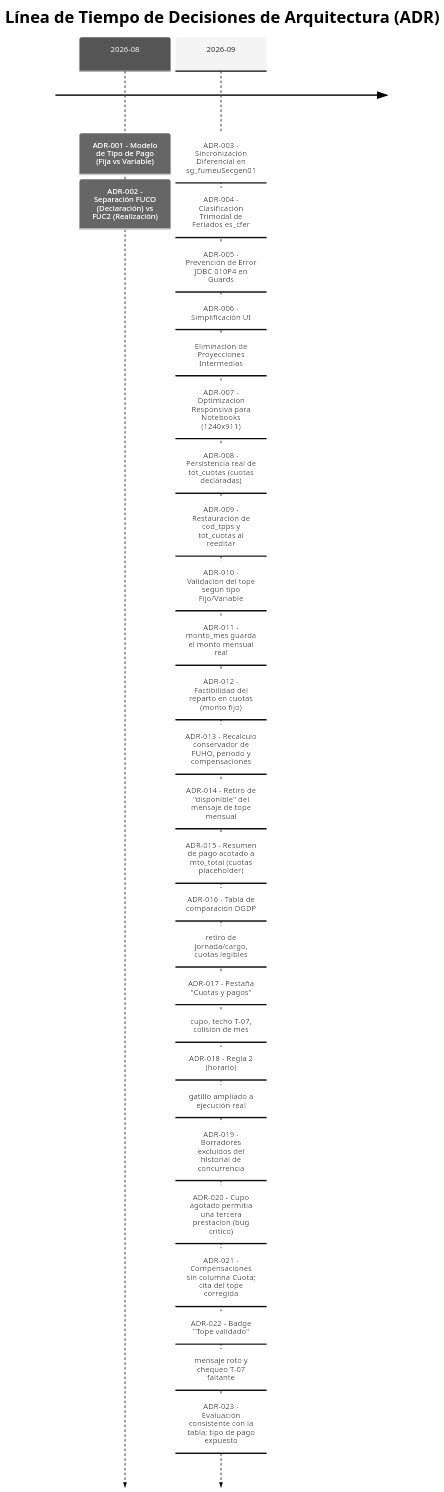
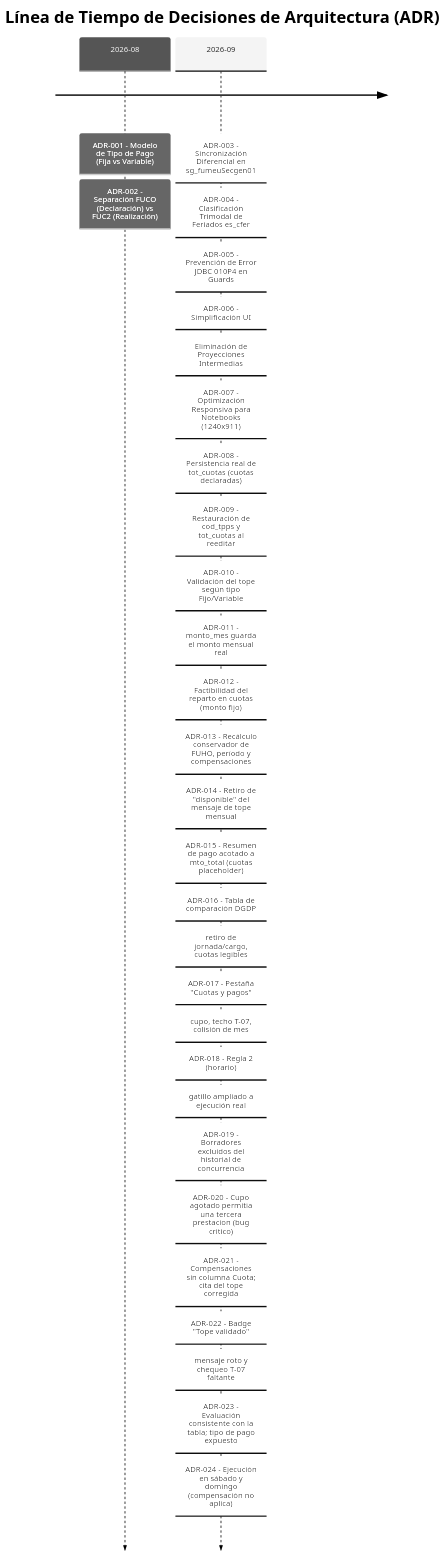
One commit to estebanlizama/template-du09 changed the diagram in cambios_pa_solicitud_wf/contexto_reglas_cambios_agregados/README.md. Above: the diagram before and after it, drawn with Mermaid (neutral theme). The commit also changed other lines of this file and 8 other files, not shown here.

Commit message:
docs: add architecture decision records, workflow rules, and certification SQL scripts

````diff
--- a/cambios_pa_solicitud_wf/contexto_reglas_cambios_agregados/README.md
+++ b/cambios_pa_solicitud_wf/contexto_reglas_cambios_agregados/README.md
@@ -28,27 +28,28 @@
 ```mermaid
 timeline
     title Línea de Tiempo de Decisiones de Arquitectura (ADR)
     2026-08 : ADR-001 - Modelo de Tipo de Pago (Fija vs Variable)
             : ADR-002 - Separación FUCO (Declaración) vs FUC2 (Realización)
     2026-09 : ADR-003 - Sincronización Diferencial en sg_fumeuSecgen01
             : ADR-004 - Clasificación Trimodal de Feriados es_cfer
             : ADR-005 - Prevención de Error JDBC 010P4 en Guards
             : ADR-006 - Simplificación UI: Eliminación de Proyecciones Intermedias
             : ADR-007 - Optimización Responsiva para Notebooks (1240x911)
             : ADR-008 - Persistencia real de tot_cuotas (cuotas declaradas)
             : ADR-009 - Restauración de cod_tpps y tot_cuotas al reeditar
             : ADR-010 - Validación del tope según tipo Fijo/Variable
             : ADR-011 - monto_mes guarda el monto mensual real
             : ADR-012 - Factibilidad del reparto en cuotas (monto fijo)
             : ADR-013 - Recálculo conservador de FUHO, período y compensaciones
             : ADR-014 - Retiro de "disponible" del mensaje de tope mensual
             : ADR-015 - Resumen de pago acotado a mto_total (cuotas placeholder)
             : ADR-016 - Tabla de comparación DGDP: retiro de jornada/cargo, cuotas legibles
             : ADR-017 - Pestaña "Cuotas y pagos": cupo, techo T-07, colisión de mes
             : ADR-018 - Regla 2 (horario): gatillo ampliado a ejecución real
             : ADR-019 - Borradores excluidos del historial de concurrencia
             : ADR-020 - Cupo agotado permitia una tercera prestacion (bug critico)
             : ADR-021 - Compensaciones sin columna Cuota; cita del tope corregida
             : ADR-022 - Badge "Tope validado": mensaje roto y chequeo T-07 faltante
             : ADR-023 - Evaluación consistente con la tabla; tipo de pago expuesto
+            : ADR-024 - Ejecución en sábado y domingo (compensación no aplica)
 ```
````
